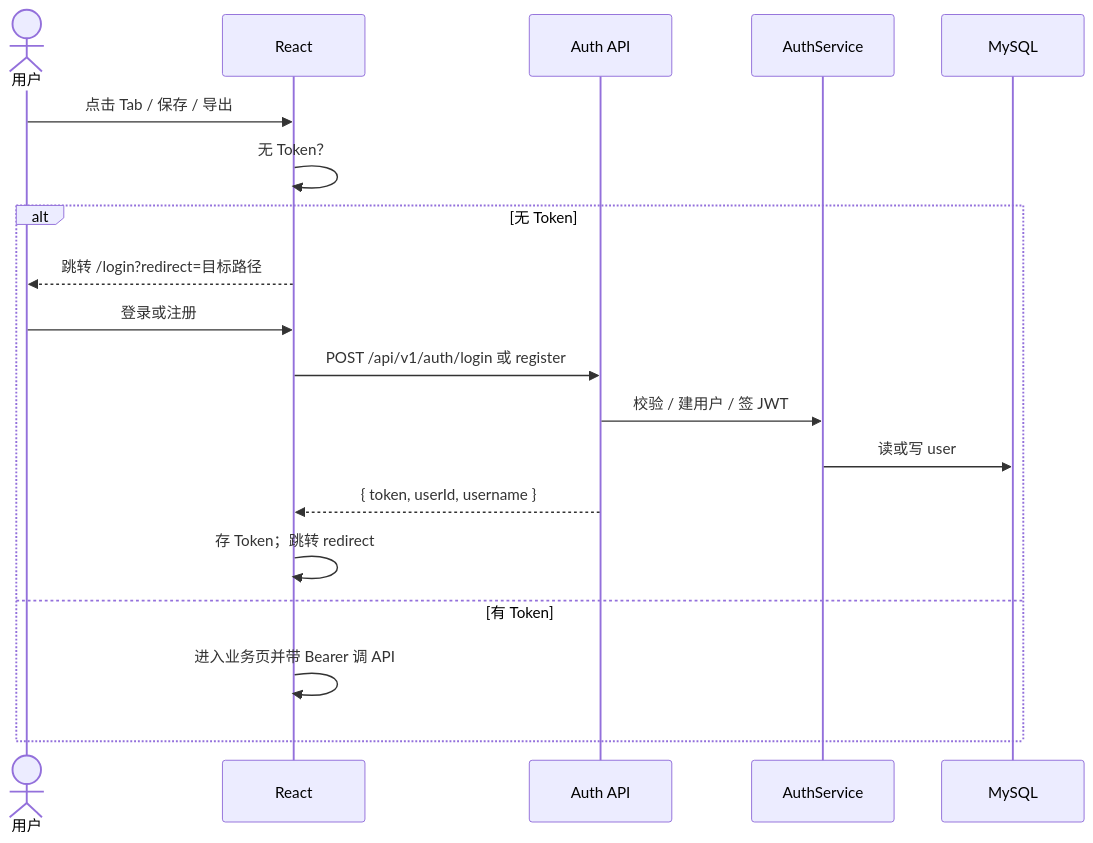
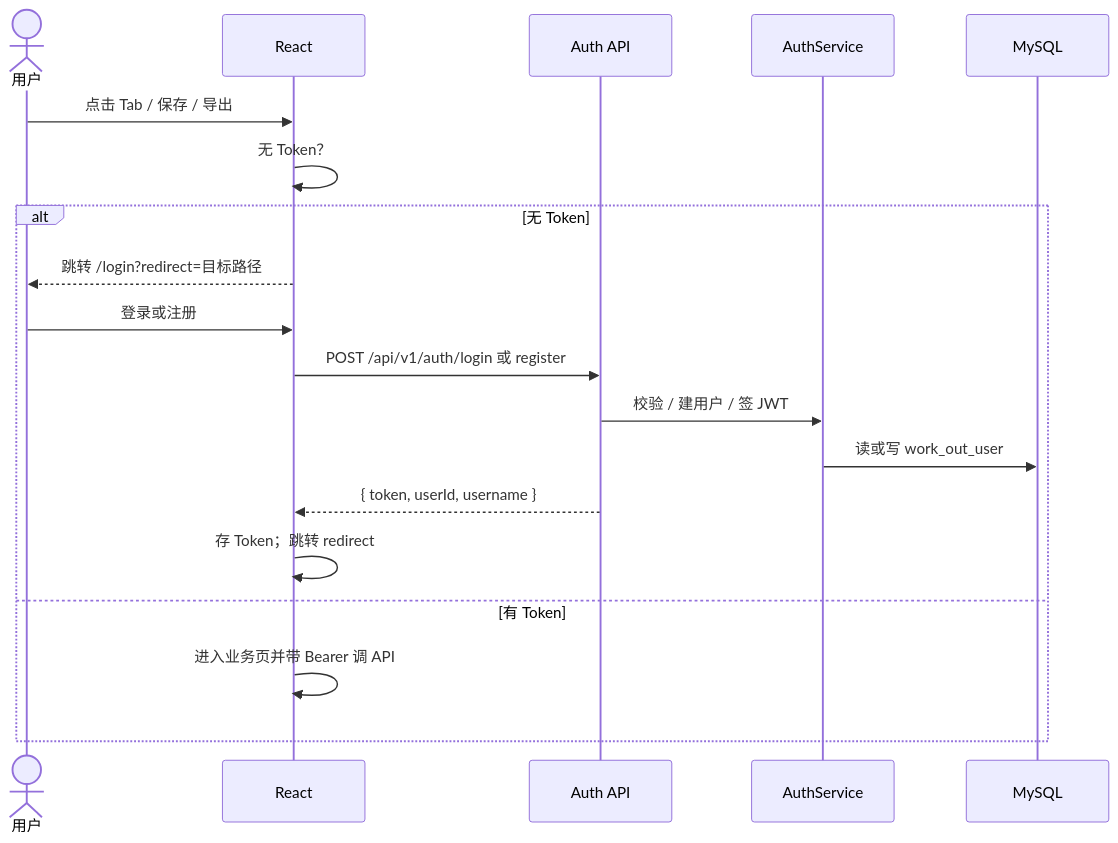
The fifth of 11 diagrams in doc/workOut-技术架构.md (lippchan-cloud/workOut), drawn with Mermaid before and after one commit. The commit also changed other lines of this file and 75 other files, not shown here.

Commit message:
refactor(backend): re-layer modules and prefix tables with work_out

````diff
--- a/doc/workOut-技术架构.md
+++ b/doc/workOut-技术架构.md
@@ -170,22 +185,22 @@
 ```mermaid
 sequenceDiagram
   actor U as 用户
   participant SPA as React
   participant A as Auth API
   participant S as AuthService
   participant DB as MySQL
 
   U->>SPA: 点击 Tab / 保存 / 导出
   SPA->>SPA: 无 Token？
   alt 无 Token
     SPA-->>U: 跳转 /login?redirect=目标路径
     U->>SPA: 登录或注册
     SPA->>A: POST /api/v1/auth/login 或 register
     A->>S: 校验 / 建用户 / 签 JWT
-    S->>DB: 读或写 user
+    S->>DB: 读或写 work_out_user
     A-->>SPA: { token, userId, username }
     SPA->>SPA: 存 Token；跳转 redirect
   else 有 Token
     SPA->>SPA: 进入业务页并带 Bearer 调 API
   end
 ```
````
